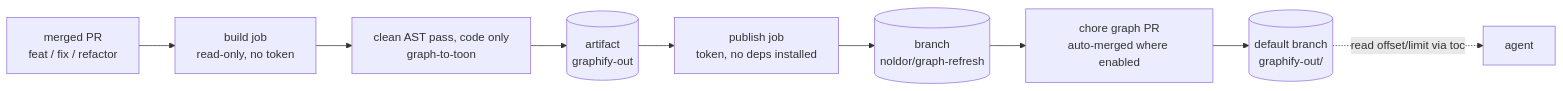
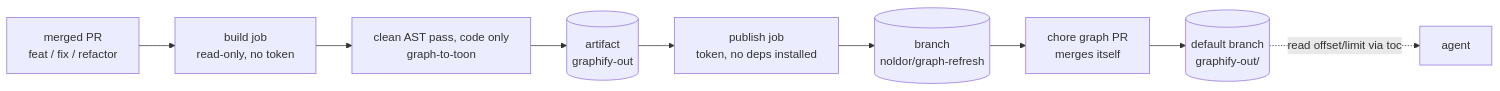
One commit to davidzoufaly/noldor changed the diagram in docs/features/self-refreshing-compact-knowledge-graph.md. Above: the diagram before and after it, drawn with Mermaid. The commit also changed other lines of this file and 3 other files, not shown here.

First line of the commit message:
fix(graph): the graph PR merges itself where auto-merge is unavailable, by a direct squash-merge (#528)

````diff
--- a/docs/features/self-refreshing-compact-knowledge-graph.md
+++ b/docs/features/self-refreshing-compact-knowledge-graph.md
@@ -35,11 +35,11 @@
 ```mermaid
 flowchart LR
   M[merged PR<br/>feat / fix / refactor] --> B[build job<br/>read-only, no token]
   B --> G[clean AST pass, code only<br/>graph-to-toon]
   G --> A[(artifact<br/>graphify-out)]
   A --> P[publish job<br/>token, no deps installed]
   P --> R[(branch<br/>noldor/graph-refresh)]
-  R --> Q[chore graph PR<br/>auto-merged where enabled]
+  R --> Q[chore graph PR<br/>merges itself]
   Q --> D[(default branch<br/>graphify-out/)]
   D -.read offset/limit via toc.-> Z[agent]
 ```
````
